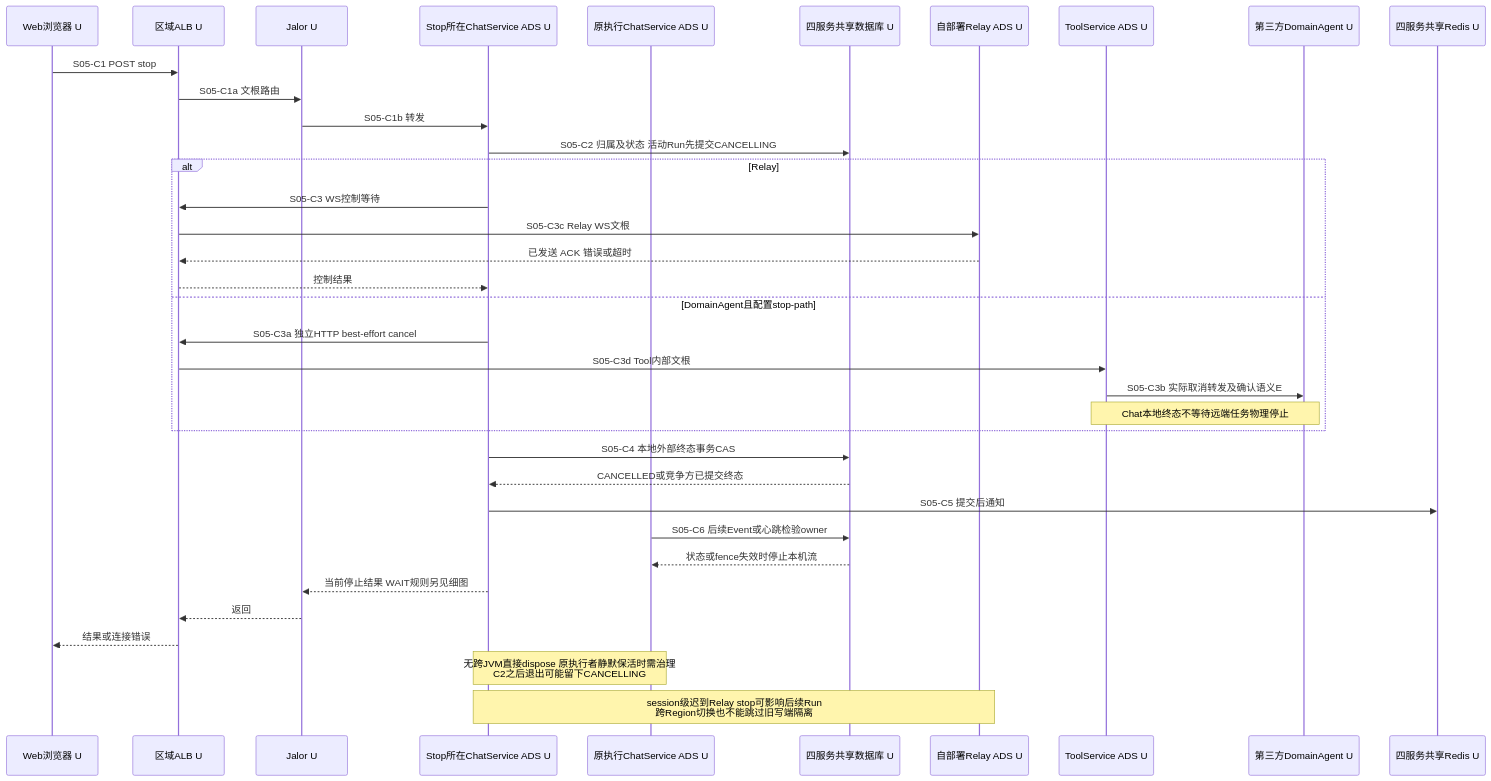
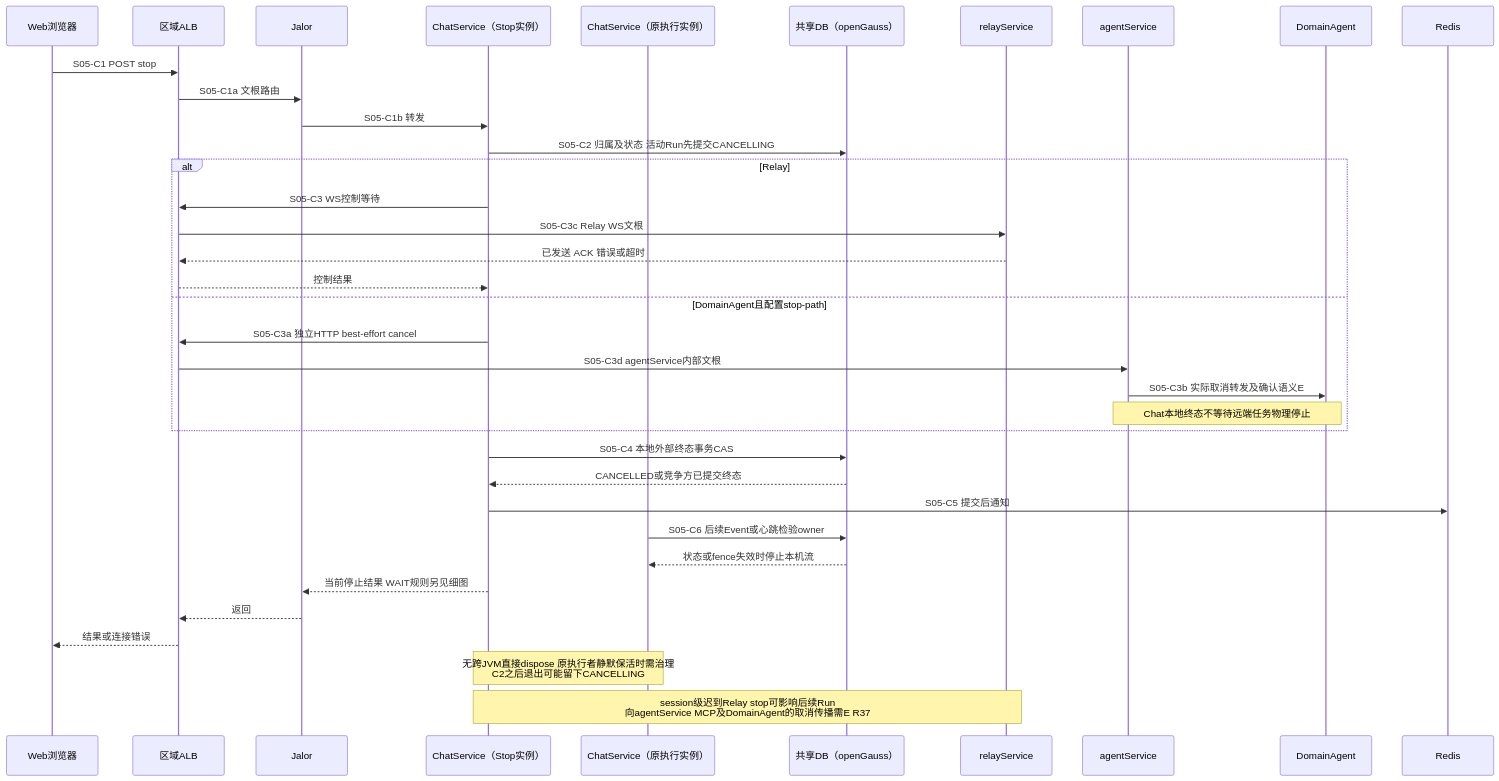
The ninth of 24 diagrams in docs/architecture/high-availability/scenarios.md (kunben-duck/exweb), drawn with Mermaid before and after one commit. The commit also changed other lines of this file and 9 other files, not shown here.

Commit message:
docs: refine HA stability and agent service isolation design

````diff
--- a/docs/architecture/high-availability/scenarios.md
+++ b/docs/architecture/high-availability/scenarios.md
@@ -408,38 +515,38 @@
 ```mermaid
 sequenceDiagram
-    participant U as Web浏览器 U
-    participant L as 区域ALB U
-    participant G as Jalor U
-    participant C as Stop所在ChatService ADS U
-    participant O as 原执行ChatService ADS U
-    participant D as 四服务共享数据库 U
-    participant RL as 自部署Relay ADS U
-    participant TOOL as ToolService ADS U
-    participant DA as 第三方DomainAgent U
-    participant R as 四服务共享Redis U
+    participant U as Web浏览器
+    participant L as 区域ALB
+    participant G as Jalor
+    participant C as ChatService（Stop实例）
+    participant O as ChatService（原执行实例）
+    participant D as 共享DB（openGauss）
+    participant RL as relayService
+    participant AG as agentService
+    participant DA as DomainAgent
+    participant R as Redis
     U->>L: S05-C1 POST stop
     L->>G: S05-C1a 文根路由
     G->>C: S05-C1b 转发
     C->>D: S05-C2 归属及状态 活动Run先提交CANCELLING
     alt Relay
         C->>L: S05-C3 WS控制等待
         L->>RL: S05-C3c Relay WS文根
         RL-->>L: 已发送 ACK 错误或超时
         L-->>C: 控制结果
     else DomainAgent且配置stop-path
         C->>L: S05-C3a 独立HTTP best-effort cancel
-        L->>TOOL: S05-C3d Tool内部文根
-        TOOL->>DA: S05-C3b 实际取消转发及确认语义E
-        Note over TOOL,DA: Chat本地终态不等待远端任务物理停止
+        L->>AG: S05-C3d agentService内部文根
+        AG->>DA: S05-C3b 实际取消转发及确认语义E
+        Note over AG,DA: Chat本地终态不等待远端任务物理停止
     end
     C->>D: S05-C4 本地外部终态事务CAS
     D-->>C: CANCELLED或竞争方已提交终态
     C->>R: S05-C5 提交后通知
     O->>D: S05-C6 后续Event或心跳检验owner
     D-->>O: 状态或fence失效时停止本机流
     C-->>G: 当前停止结果 WAIT规则另见细图
     G-->>L: 返回
     L-->>U: 结果或连接错误
     Note over C,O: 无跨JVM直接dispose 原执行者静默保活时需治理<br/>C2之后退出可能留下CANCELLING
-    Note over C,RL: session级迟到Relay stop可影响后续Run<br/>跨Region切换也不能跳过旧写端隔离
+    Note over C,RL: session级迟到Relay stop可影响后续Run<br/>向agentService MCP及DomainAgent的取消传播需E R37
 ```
````
